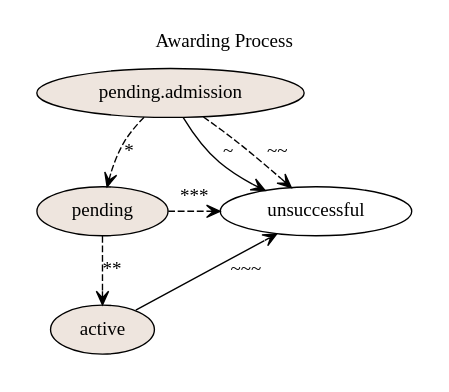
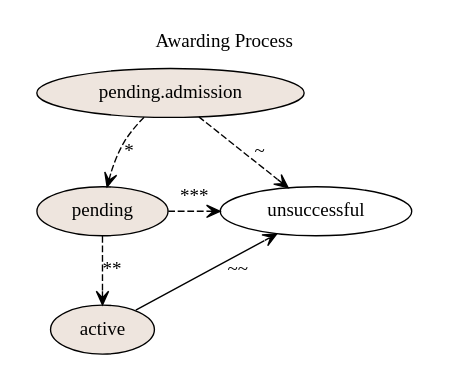
Before and after one commit to openprocurement/openprocurement.auctions.swiftsure: the first of 4 diagrams in docs/source/award_workflow.rst, drawn with Graphviz. The commit also changed other lines of this file and 2 other files, not shown here.

```diff
--- a/docs/source/award_workflow.rst
+++ b/docs/source/award_workflow.rst
@@ -13,23 +13,21 @@
 .. graphviz::
 
     digraph G {
         subgraph cluster_1 {
             node [style=filled, fillcolor=seashell2];
             edge[style=dashed,  arrowhead="vee", label="*"];
             "pending.admission" -> "pending";
             edge[style=dashed,  arrowhead="vee", label="**"];
             "pending" -> "active";
             node [style=filled, fillcolor=white];
-            edge[style=solid,  arrowhead="vee", label="~", constraint=false];
-            "pending.admission" -> "unsuccessful";
-            edge[style=dashed,  arrowhead="vee", label="~~", constraint=false];
+            edge[style=dashed,  arrowhead="vee", label="~", constraint=false];
             "pending.admission" -> "unsuccessful";
             edge[style=dashed,  arrowhead="vee",  label="***", constraint=false];
             "pending" -> "unsuccessful";
-            edge[style=solid,  arrowhead="vee", label="~~~", constraint=false];
+            edge[style=solid,  arrowhead="vee", label="~~", constraint=false];
             "active" -> "unsuccessful"; 
             label = "Awarding Process";
             color=white
             {rank=same; "pending" "unsuccessful"}
         }
     }
```
